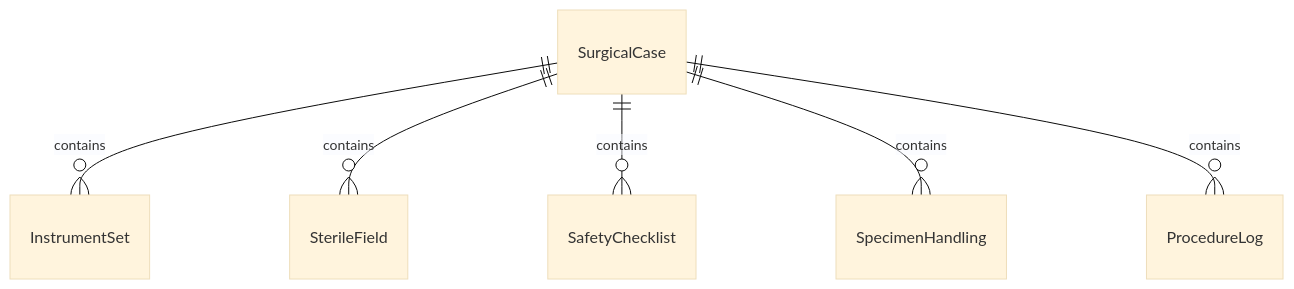
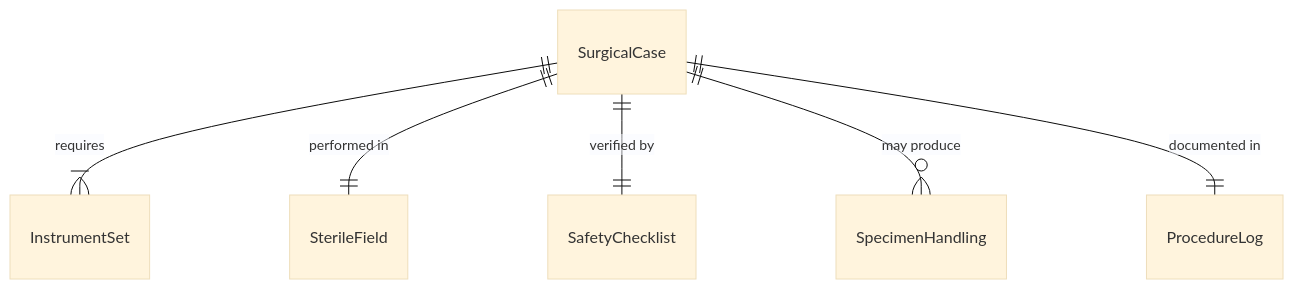
One commit to dot-org-ai/tasks.org.ai changed the first of 4 diagrams in AssistingAndCaringForOthers/AssistHealthcarePractitionersDuringMedicalProcedures/AssistHealthcarePractitionersDuringSurgery.mdx. Above: the diagram before and after it, drawn with Mermaid (base theme). The commit also changed other lines of this file and 32 other files, not shown here.

First line of the commit message:
fix: Improve ER and State diagrams in 32 AssistingAndCaringForOthers DWA files

````diff
--- a/AssistingAndCaringForOthers/AssistHealthcarePractitionersDuringMedicalProcedures/AssistHealthcarePractitionersDuringSurgery.mdx
+++ b/AssistingAndCaringForOthers/AssistHealthcarePractitionersDuringMedicalProcedures/AssistHealthcarePractitionersDuringSurgery.mdx
@@ -88,8 +88,8 @@
 ```mermaid
 erDiagram
-    SurgicalCase ||--o{ InstrumentSet : contains
-    SurgicalCase ||--o{ SterileField : contains
-    SurgicalCase ||--o{ SafetyChecklist : contains
-    SurgicalCase ||--o{ SpecimenHandling : contains
-    SurgicalCase ||--o{ ProcedureLog : contains
+    SurgicalCase ||--|{ InstrumentSet : requires
+    SurgicalCase ||--|| SterileField : "performed in"
+    SurgicalCase ||--|| SafetyChecklist : "verified by"
+    SurgicalCase ||--o{ SpecimenHandling : "may produce"
+    SurgicalCase ||--|| ProcedureLog : "documented in"
 ```
````
